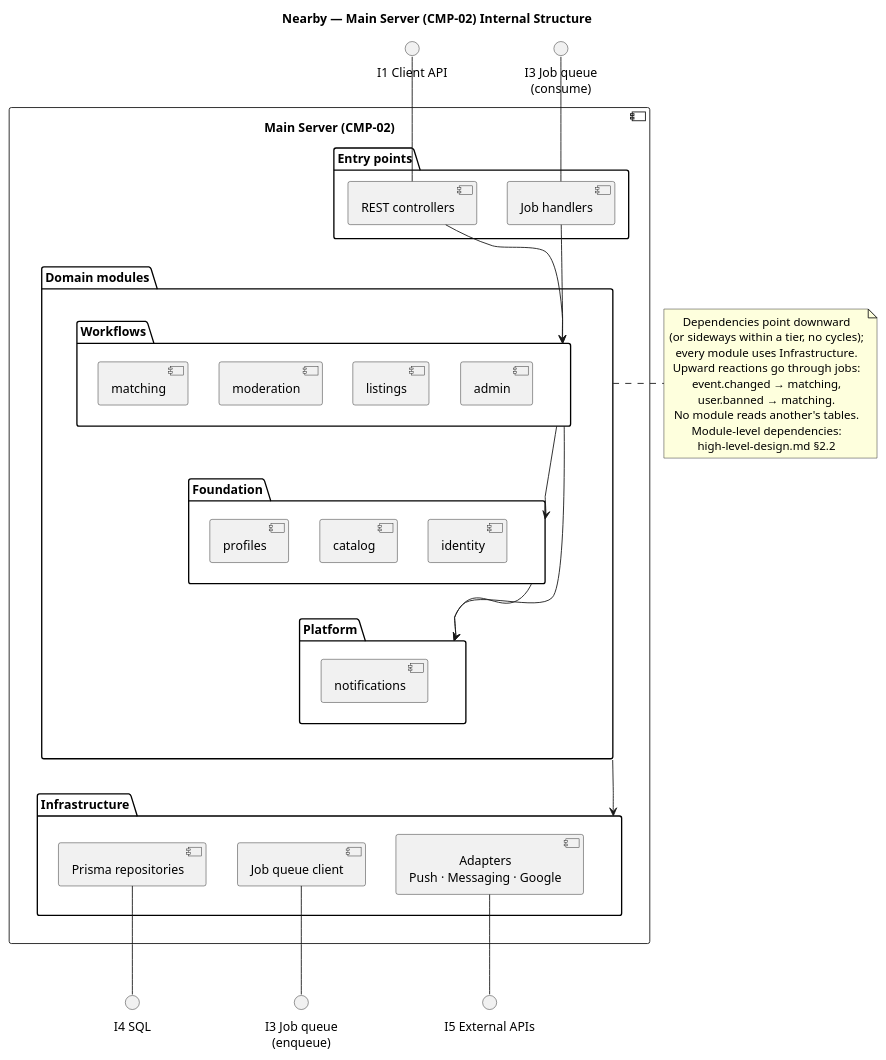
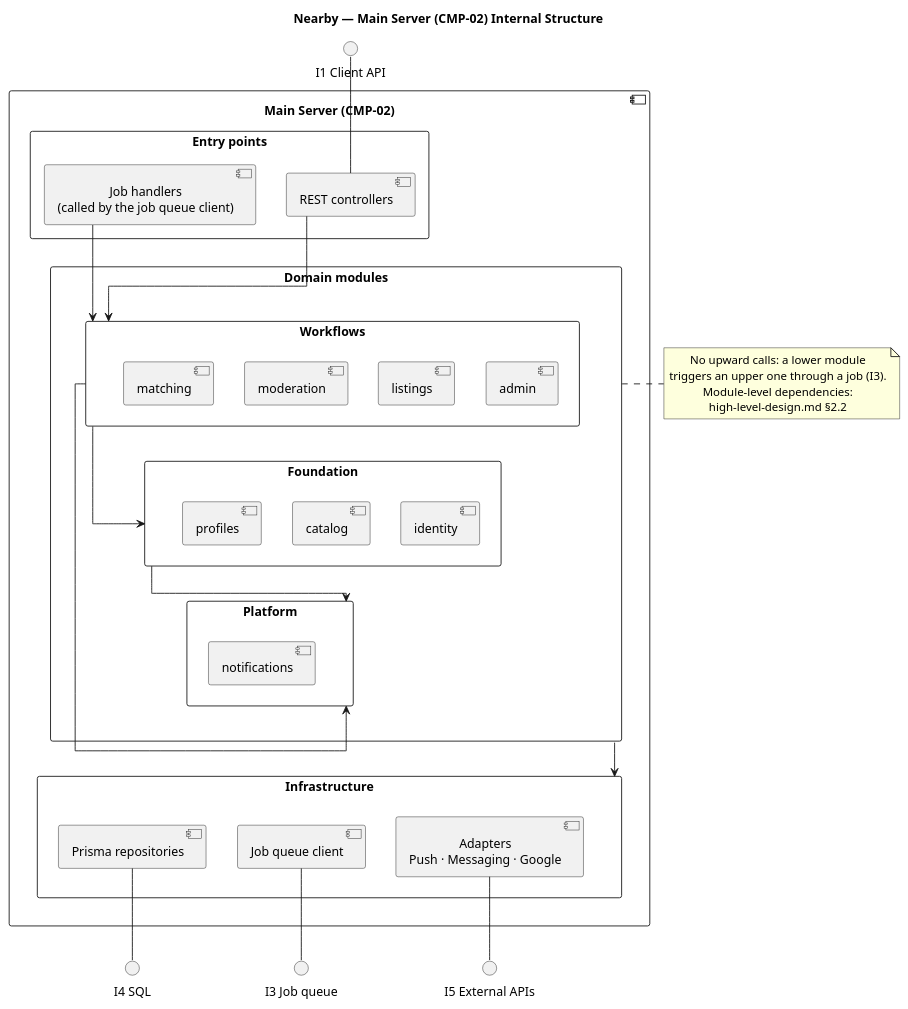
The diagram in docs/architecture/uml/main-server-components.puml (ukma-fin-ssdm-2026/pun-intended-team), drawn with PlantUML before and after one commit. The commit also changed 8 other files, not shown here.

Commit message:
(#52) Apply data model changes to architecture docs

```diff
--- a/docs/architecture/uml/main-server-components.puml
+++ b/docs/architecture/uml/main-server-components.puml
@@ -1,86 +1,85 @@
 @startuml main-server-components
+/'
+  AI Usage Note
+  Drafted with Claude from an architecture discussion led by Viktoriia Baran.
+'/
 title Nearby — Main Server (CMP-02) Internal Structure
 
 skinparam componentStyle uml2
 skinparam shadowing false
 skinparam defaultTextAlignment center
+skinparam linetype ortho
+skinparam packageStyle rectangle
 
 () "I1 Client API" as I1
-() "I3 Job queue\n(consume)" as I3in
 
 component "Main Server (CMP-02)" {
 
   package "Entry points" as L1 {
     [REST controllers] as REST
-    [Job handlers] as JOBS
+    [Job handlers\n(called by the job queue client)] as JOBS
   }
 
   package "Domain modules" as L2 {
     package "Workflows" as T1 {
       [matching] as MA
       [moderation] as MO
       [listings] as LI
       [admin] as AD
     }
     package "Foundation" as T2 {
       [profiles] as PR
       [catalog] as CA
       [identity] as ID
     }
     package "Platform" as T3 {
       [notifications] as NO
     }
   }
 
   package "Infrastructure" as L3 {
     [Prisma repositories] as REPO
     [Job queue client] as QUEUE
     [Adapters\nPush · Messaging · Google] as ADP
   }
 }
 
 () "I4 SQL" as I4
-() "I3 Job queue\n(enqueue)" as I3out
+() "I3 Job queue" as I3
 () "I5 External APIs" as I5
 
 I1 -down- REST
-I3in -down- JOBS
 REST -down-> T1
 JOBS -down-> T1
 
 ' Tier-level dependencies; module-level ones are in high-level-design.md §2.2
 T1 -down-> T2
 T2 -down-> T3
 T1 -down-> T3
 
 L2 -down-> L3
 
 ' Layout only
 MA -[hidden]right- MO
 MO -[hidden]right- LI
 LI -[hidden]right- AD
 PR -[hidden]right- CA
 CA -[hidden]right- ID
 REPO -[hidden]right- QUEUE
 QUEUE -[hidden]right- ADP
 REST -[hidden]down- MO
 MO -[hidden]down- PR
 PR -[hidden]down- NO
 NO -[hidden]down- QUEUE
 REPO -down- I4
-QUEUE -down- I3out
+QUEUE -down- I3
 ADP -down- I5
 
 note right of L2
-  Dependencies point downward
-  (or sideways within a tier, no cycles);
-  every module uses Infrastructure.
-  Upward reactions go through jobs:
-  event.changed → matching,
-  user.banned → matching.
-  No module reads another's tables.
+  No upward calls: a lower module
+  triggers an upper one through a job (I3).
   Module-level dependencies:
   high-level-design.md §2.2
 end note
 
 @enduml
```
